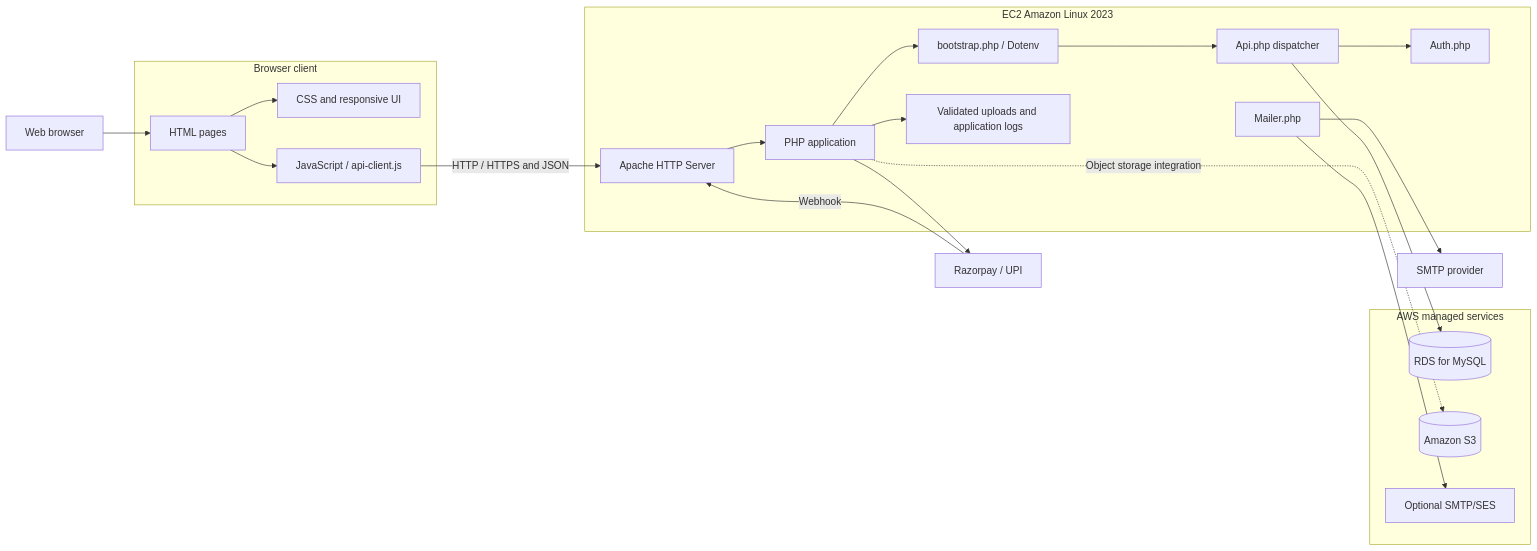
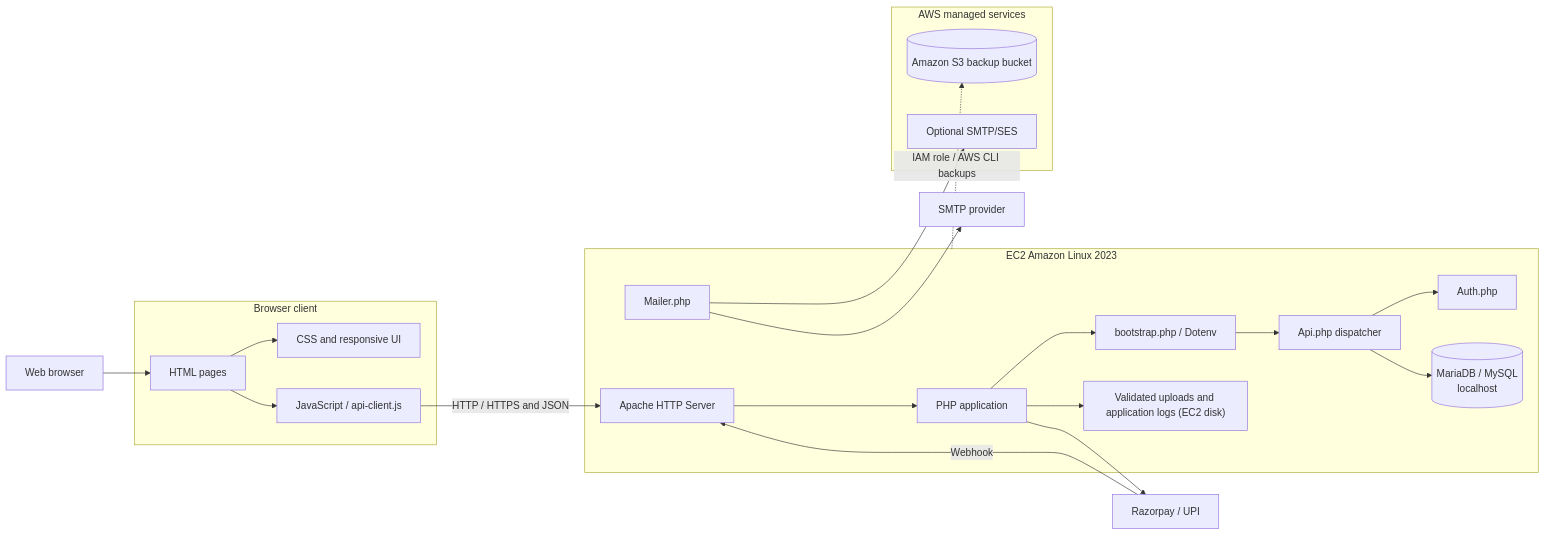
The first of 3 diagrams in README.md (pprajwaldeshpande-tech/spearing_events-main), drawn with Mermaid before and after one commit. The commit also changed other lines of this file, not shown here.

````diff
--- a/README.md
+++ b/README.md
@@ -74,45 +74,45 @@
 ```mermaid
 flowchart LR
     Browser["Web browser"]
 
     subgraph Client["Browser client"]
         HTML["HTML pages"]
         CSS["CSS and responsive UI"]
         JS["JavaScript / api-client.js"]
     end
 
     subgraph EC2["EC2 Amazon Linux 2023"]
         Apache["Apache HTTP Server"]
         PHP["PHP application"]
         Bootstrap["bootstrap.php / Dotenv"]
         Api["Api.php dispatcher"]
         Auth["Auth.php"]
         Mailer["Mailer.php"]
-        Files["Validated uploads and application logs"]
+        DB[("MariaDB / MySQL\nlocalhost")]
+        Files["Validated uploads and application logs (EC2 disk)"]
     end
 
     subgraph AWS["AWS managed services"]
-        RDS[("RDS for MySQL")]
-        S3[("Amazon S3")]
+        S3[("Amazon S3 backup bucket")]
         SES["Optional SMTP/SES"]
     end
 
     Payment["Razorpay / UPI"]
     SMTP["SMTP provider"]
 
     Browser --> HTML
     HTML --> CSS
     HTML --> JS
     JS -->|"HTTP / HTTPS and JSON"| Apache
     Apache --> PHP
     PHP --> Bootstrap
     Bootstrap --> Api
     Api --> Auth
-    Api --> RDS
+    Api --> DB
     Mailer --> SMTP
     Mailer --> SES
     PHP --> Files
     PHP --> Payment
     Payment -->|"Webhook"| Apache
-    PHP -. "Object storage integration" .-> S3
+    EC2 -. "IAM role / AWS CLI backups" .-> S3
 ```
````
